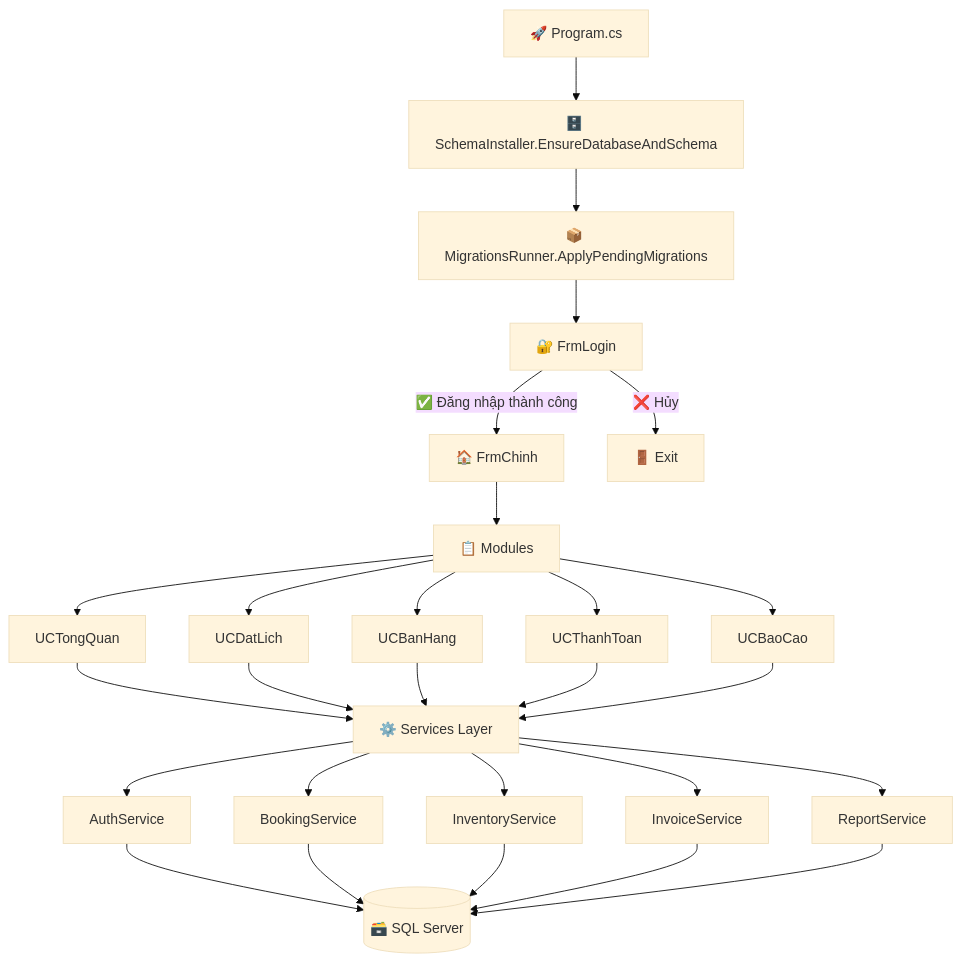
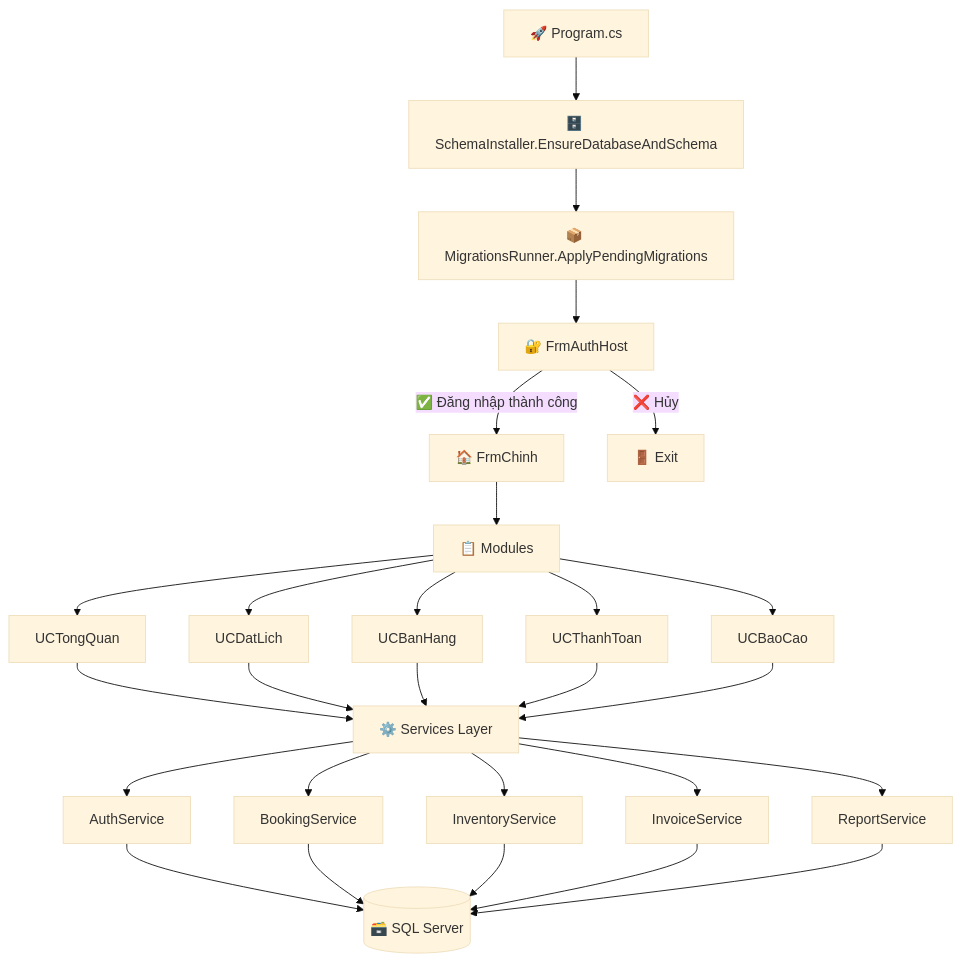
The diagram in README.md (ManhTienBonedry/DemoPick), drawn with Mermaid (base theme) before and after one commit. The commit also changed other lines of this file and 81 other files, not shown here.

````diff
--- a/README.md
+++ b/README.md
@@ -102,24 +102,24 @@
 ```mermaid
 flowchart TD
   A[🚀 Program.cs] --> B[🗄️ SchemaInstaller.EnsureDatabaseAndSchema]
   B --> C[📦 MigrationsRunner.ApplyPendingMigrations]
-  C --> D[🔐 FrmLogin]
+  C --> D[🔐 FrmAuthHost]
   D -->|✅ Đăng nhập thành công| E[🏠 FrmChinh]
   D -->|❌ Hủy| Z[🚪 Exit]
 
   E --> F[📋 Modules]
   F --> F1[UCTongQuan]
   F --> F2[UCDatLich]
   F --> F3[UCBanHang]
   F --> F4[UCThanhToan]
   F --> F5[UCBaoCao]
 
   F1 & F2 & F3 & F4 & F5 --> G[⚙️ Services Layer]
   G --> G1[AuthService]
   G --> G2[BookingService]
   G --> G3[InventoryService]
   G --> G4[InvoiceService]
   G --> G5[ReportService]
 
   G1 & G2 & G3 & G4 & G5 --> H[(🗃️ SQL Server)]
 ```
````
